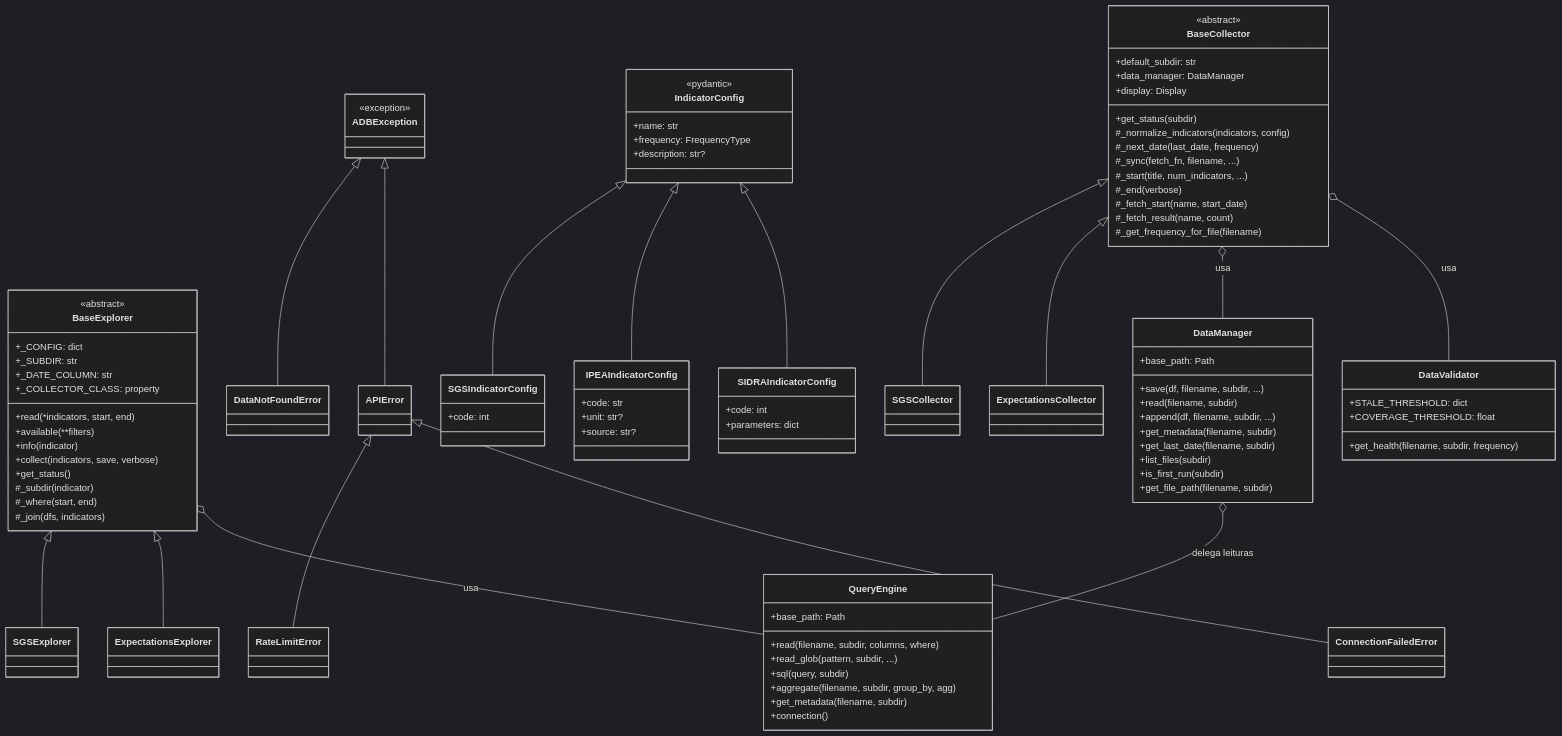
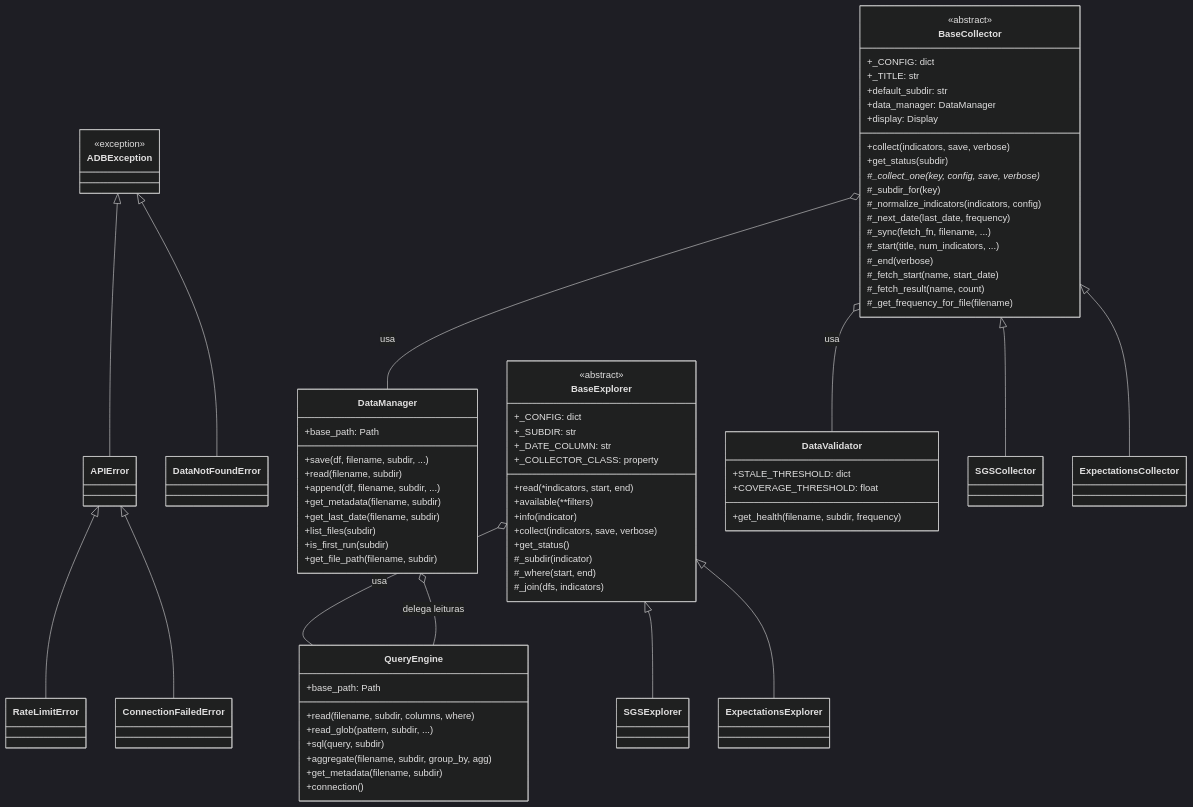
The first of 3 diagrams in docs/internals/architecture.md (enzoomoreira/adb), drawn with Mermaid (dark theme) before and after one commit. The commit also changed other lines of this file and 16 other files, not shown here.

```diff
--- a/docs/internals/architecture.md
+++ b/docs/internals/architecture.md
@@ -112,32 +109,18 @@
     class RateLimitError
     class ConnectionFailedError
 
-    class IndicatorConfig {
-        <<pydantic>>
-        +name: str
-        +frequency: FrequencyType
-        +description: str?
-    }
-    class SGSIndicatorConfig {
-        +code: int
-    }
-    class IPEAIndicatorConfig {
-        +code: str
-        +unit: str?
-        +source: str?
-    }
-    class SIDRAIndicatorConfig {
-        +code: int
-        +parameters: dict
-    }
-
     %% Services Layer
     class BaseCollector {
         <<abstract>>
+        +_CONFIG: dict
+        +_TITLE: str
         +default_subdir: str
         +data_manager: DataManager
         +display: Display
+        +collect(indicators, save, verbose)
         +get_status(subdir)
+        #_collect_one(key, config, save, verbose)*
+        #_subdir_for(key)
         #_normalize_indicators(indicators, config)
         #_next_date(last_date, frequency)
         #_sync(fetch_fn, filename, ...)
@@ -189,10 +172,6 @@
     APIError <|-- RateLimitError
     APIError <|-- ConnectionFailedError
 
-    IndicatorConfig <|-- SGSIndicatorConfig
-    IndicatorConfig <|-- IPEAIndicatorConfig
-    IndicatorConfig <|-- SIDRAIndicatorConfig
-
     %% Relationships - Services/Providers
     BaseExplorer <|-- SGSExplorer
     BaseExplorer <|-- ExpectationsExplorer
```
